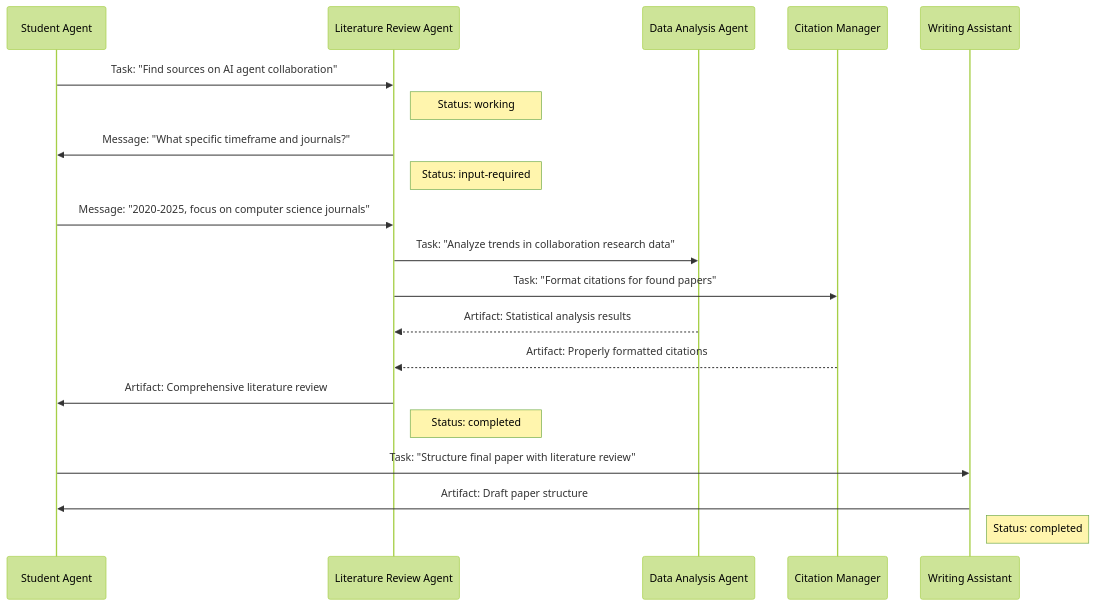
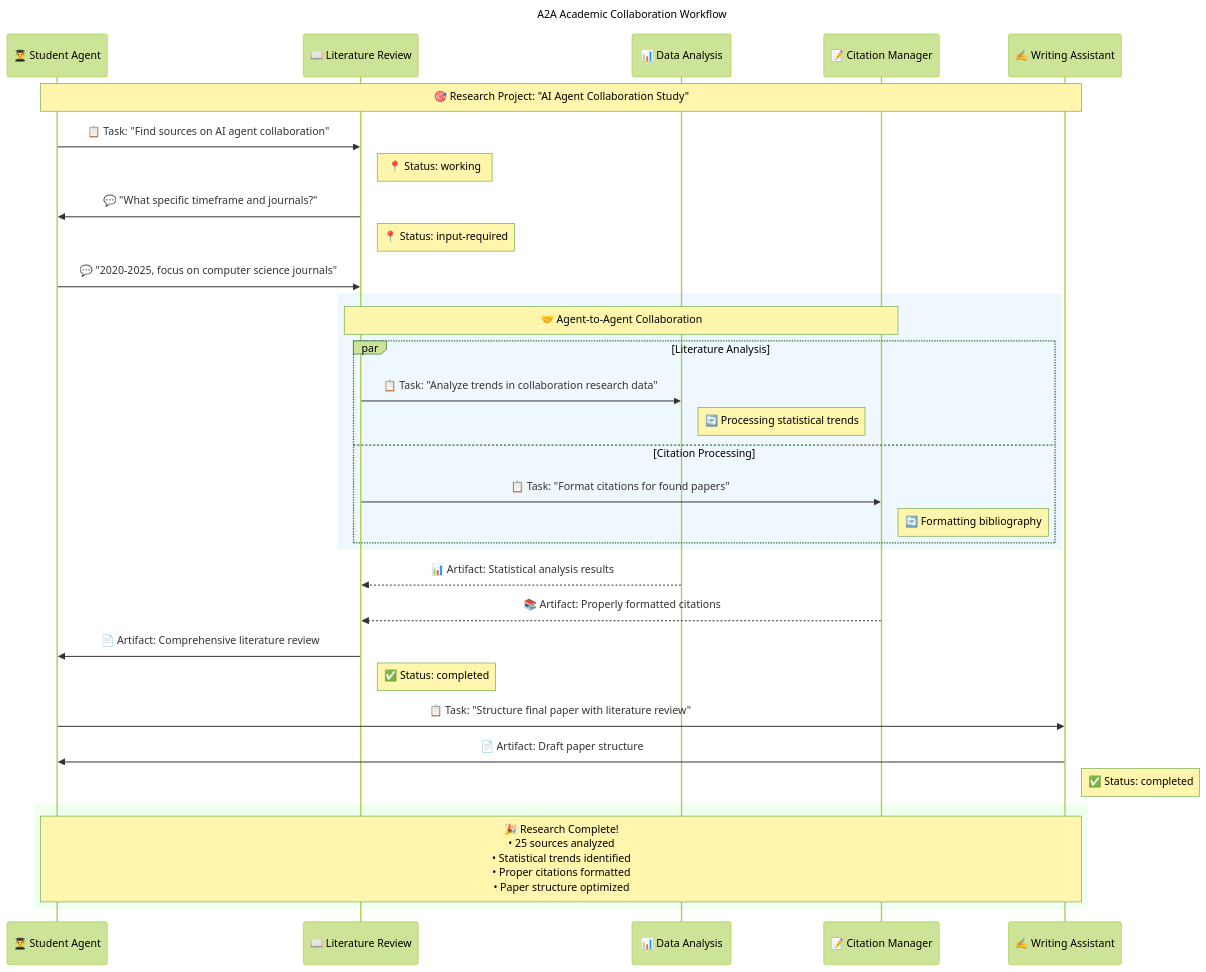
Diagram 15 of 22 in 28-a2a.md (raphaelmansuy/tutorials), drawn with Mermaid (forest theme) before and after one commit. The commit also changed other lines of this file, not shown here.

````diff
--- a/28-a2a.md
+++ b/28-a2a.md
@@ -212,25 +914,45 @@
 ```mermaid
+---
+title: A2A Academic Collaboration Workflow
+---
 sequenceDiagram
-    participant You as Student Agent
-    participant LR as Literature Review Agent
-    participant DA as Data Analysis Agent
-    participant CM as Citation Manager
-    participant WA as Writing Assistant
+    participant You as 👨‍🎓 Student Agent
+    participant LR as 📖 Literature Review
+    participant DA as 📊 Data Analysis
+    participant CM as 📝 Citation Manager
+    participant WA as ✍️ Writing Assistant
 
-    You->>LR: Task: "Find sources on AI agent collaboration"
-    Note right of LR: Status: working
-    LR->>You: Message: "What specific timeframe and journals?"
-    Note right of LR: Status: input-required
-    You->>LR: Message: "2020-2025, focus on computer science journals"
-    LR->>DA: Task: "Analyze trends in collaboration research data"
-    LR->>CM: Task: "Format citations for found papers"
+    Note over You,WA: 🎯 Research Project: "AI Agent Collaboration Study"
+    
+    You->>LR: 📋 Task: "Find sources on AI agent collaboration"
+    Note right of LR: 📍 Status: working
+    LR->>You: 💬 "What specific timeframe and journals?"
+    Note right of LR: 📍 Status: input-required
+    You->>LR: 💬 "2020-2025, focus on computer science journals"
+    
+    rect rgb(240, 248, 255)
+        Note over LR,CM: 🤝 Agent-to-Agent Collaboration
+        
+        par Literature Analysis
+            LR->>DA: 📋 Task: "Analyze trends in collaboration research data"
+            Note right of DA: 🔄 Processing statistical trends
+        and Citation Processing
+            LR->>CM: 📋 Task: "Format citations for found papers"
+            Note right of CM: 🔄 Formatting bibliography
+        end
+    end
 
-    DA-->>LR: Artifact: Statistical analysis results
-    CM-->>LR: Artifact: Properly formatted citations
+    DA-->>LR: 📊 Artifact: Statistical analysis results
+    CM-->>LR: 📚 Artifact: Properly formatted citations
 
-    LR->>You: Artifact: Comprehensive literature review
-    Note right of LR: Status: completed
-    You->>WA: Task: "Structure final paper with literature review"
-    WA->>You: Artifact: Draft paper structure
-    Note right of WA: Status: completed
+    LR->>You: 📄 Artifact: Comprehensive literature review
+    Note right of LR: ✅ Status: completed
+    
+    You->>WA: 📋 Task: "Structure final paper with literature review"
+    WA->>You: 📄 Artifact: Draft paper structure
+    Note right of WA: ✅ Status: completed
+    
+    rect rgb(240, 255, 240)
+        Note over You,WA: 🎉 Research Complete!<br/>• 25 sources analyzed<br/>• Statistical trends identified<br/>• Proper citations formatted<br/>• Paper structure optimized
+    end
 ```
````
